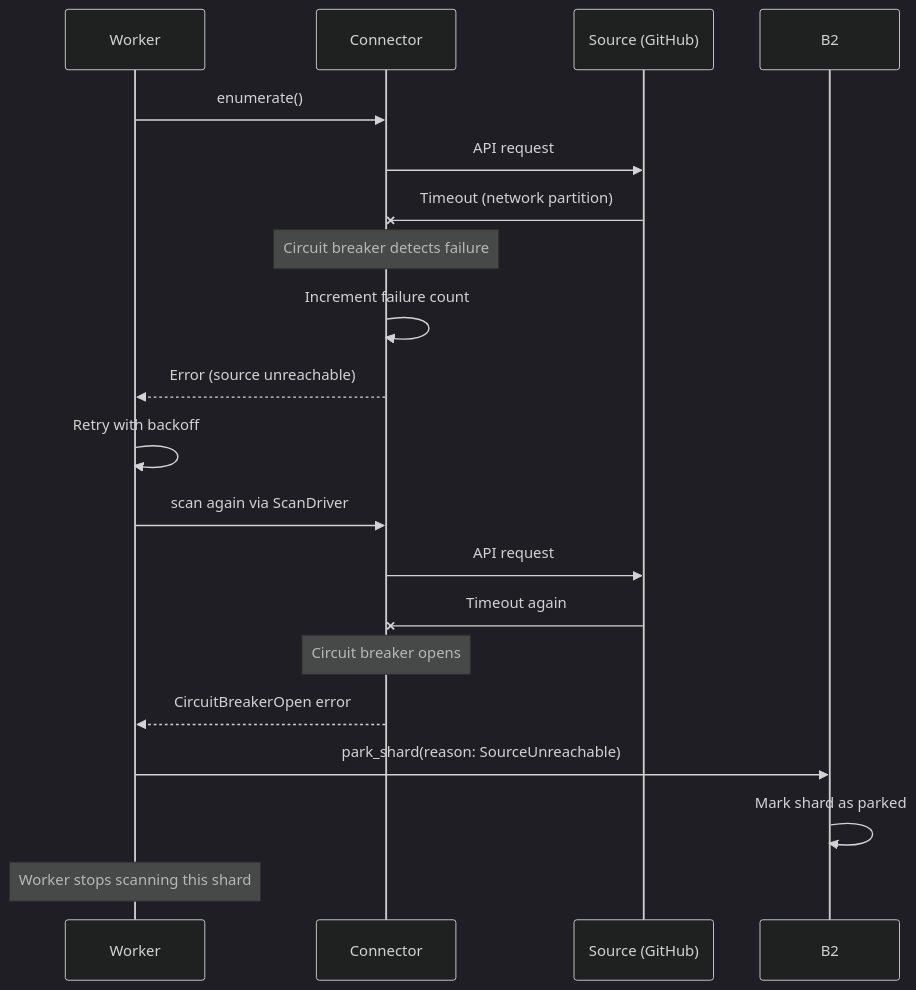
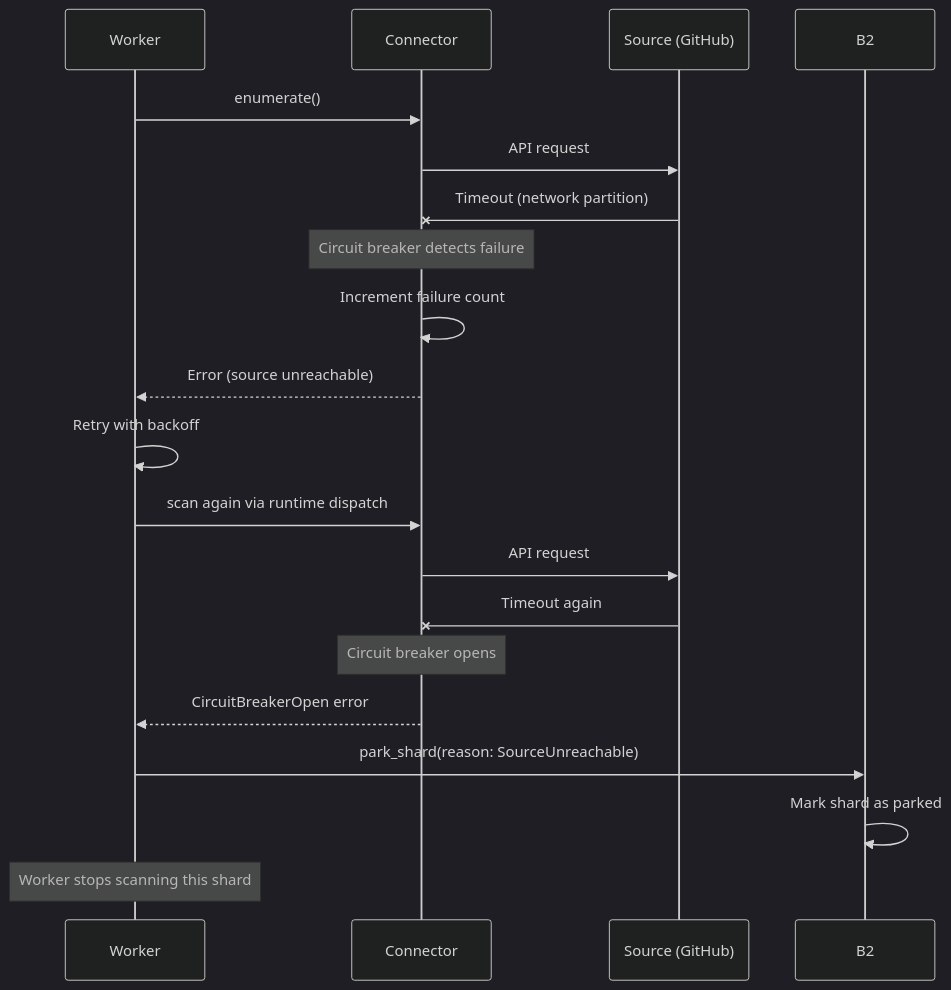
One commit to ahrav/gossip-rs-learning-guide changed the third of 6 diagrams in 08-cross-cutting/03-failure-modes-and-recovery.md. Above: the diagram before and after it, drawn with Mermaid (dark theme). The commit also changed 46 other files, not shown here.

````diff
--- a/08-cross-cutting/03-failure-modes-and-recovery.md
+++ b/08-cross-cutting/03-failure-modes-and-recovery.md
@@ -180,26 +180,26 @@
 ```mermaid
 sequenceDiagram
     participant W as Worker
     participant B4 as Connector
     participant S as Source (GitHub)
 
     W->>B4: enumerate()
     B4->>S: API request
     S-xB4: Timeout (network partition)
 
     Note over B4: Circuit breaker detects failure
     B4->>B4: Increment failure count
     B4-->>W: Error (source unreachable)
 
     W->>W: Retry with backoff
-    W->>B4: scan again via ScanDriver
+    W->>B4: scan again via runtime dispatch
     B4->>S: API request
     S-xB4: Timeout again
 
     Note over B4: Circuit breaker opens
     B4-->>W: CircuitBreakerOpen error
 
     W->>B2: park_shard(reason: SourceUnreachable)
     B2->>B2: Mark shard as parked
     Note over W: Worker stops scanning this shard
 ```
````
